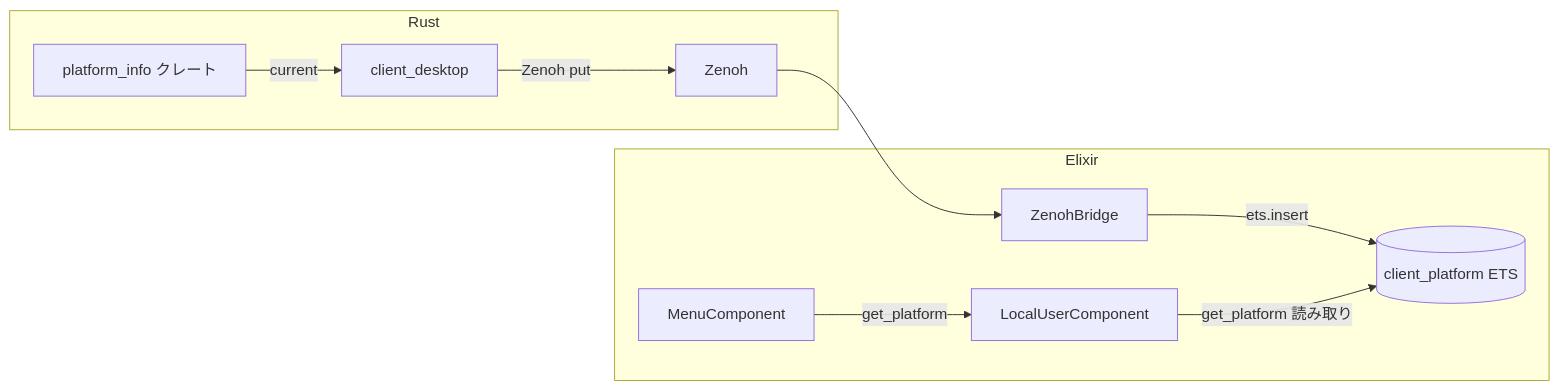
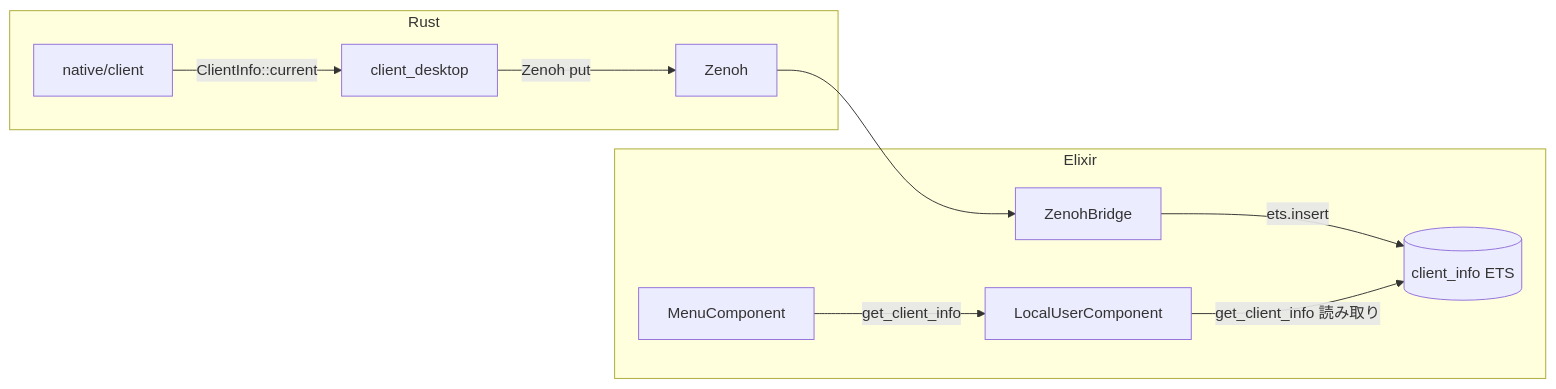
The diagram in docs/plan/platform-info-crate-and-local-user-execution-plan.md (FRICK-ELDY/alchemy-engine), drawn with Mermaid before and after one commit. The commit also changed other lines of this file, not shown here.

Commit message:
docs(plan): rename platform to info in client_info execution plan

````diff
--- a/docs/plan/platform-info-crate-and-local-user-execution-plan.md
+++ b/docs/plan/platform-info-crate-and-local-user-execution-plan.md
@@ -23,20 +25,20 @@
 ```mermaid
 flowchart LR
     subgraph Rust["Rust"]
-        PI[platform_info クレート]
+        CLIENT[native/client]
         DC[client_desktop]
-        PI -->|current| DC
+        CLIENT -->|ClientInfo::current| DC
         DC -->|Zenoh put| ZN[Zenoh]
     end
 
     subgraph Elixir["Elixir"]
         ZB[ZenohBridge]
-        ETS[(client_platform ETS)]
+        ETS[(client_info ETS)]
         LUC[LocalUserComponent]
         MC[MenuComponent]
         ZN --> ZB
         ZB -->|ets.insert| ETS
-        LUC -->|get_platform 読み取り| ETS
-        MC -->|get_platform| LUC
+        LUC -->|get_client_info 読み取り| ETS
+        MC -->|get_client_info| LUC
     end
 ```
````
